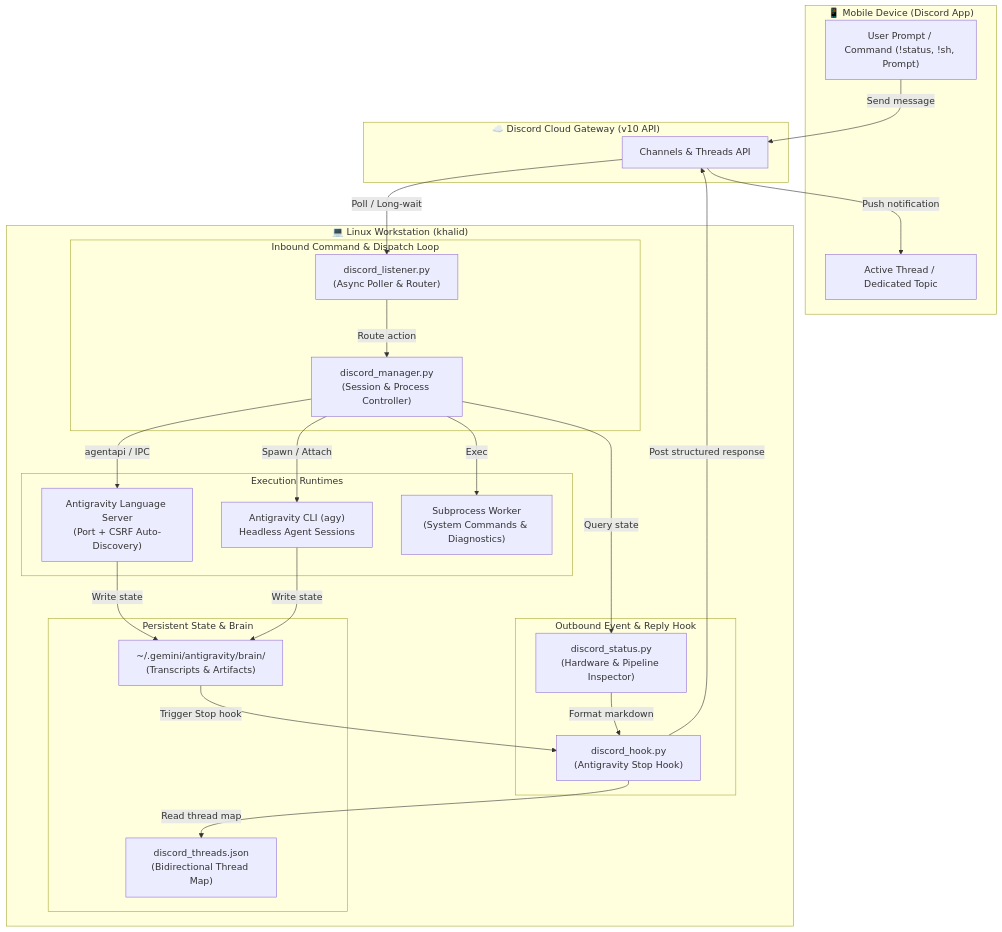
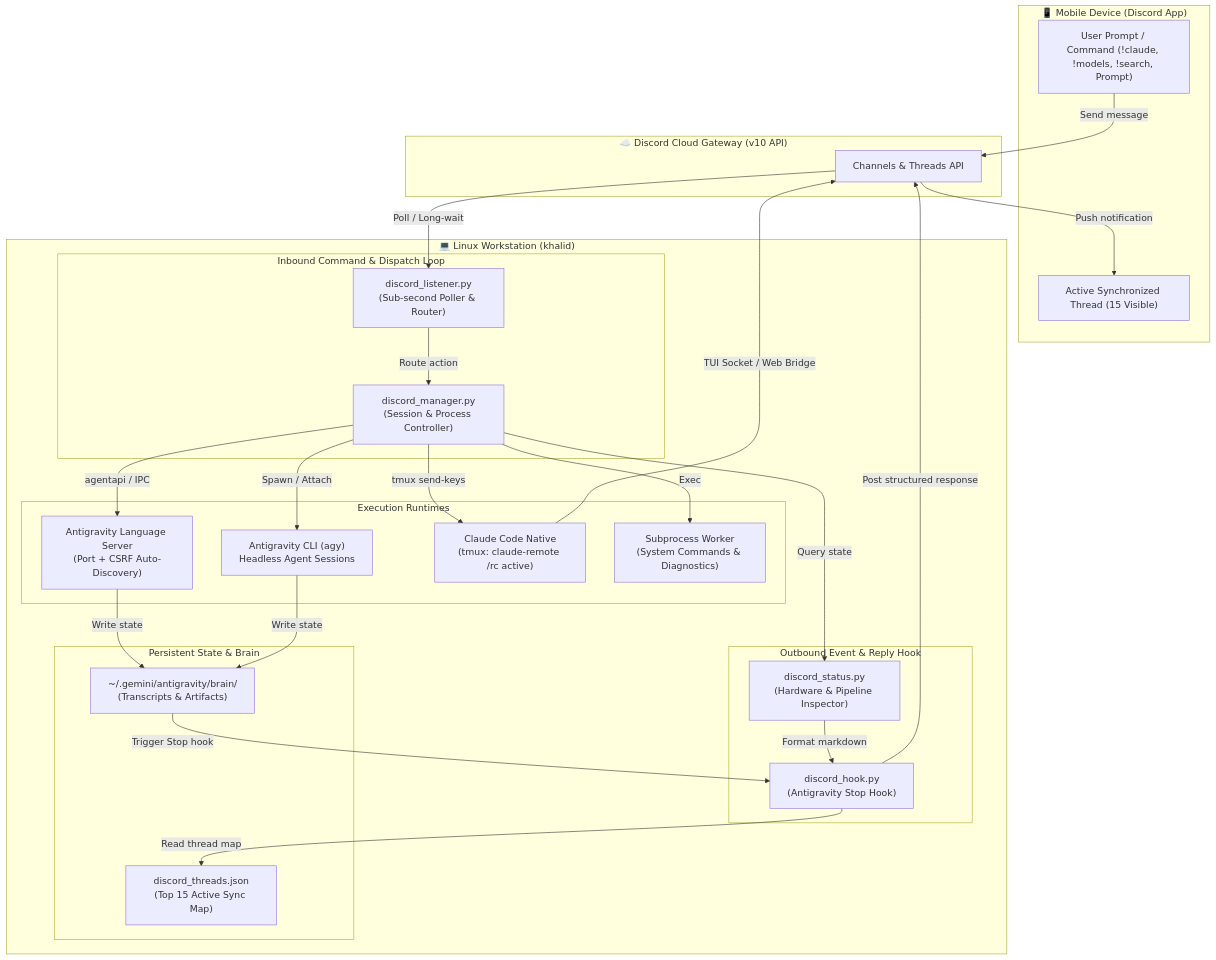
The diagram in README.md (kmbenjel/workstation-discord-bridge), drawn with Mermaid before and after one commit. The commit also changed other lines of this file and 9 other files, not shown here.

Commit message:
feat: add claude code remote control, verified mobile visual assets, and hero demo

````diff
--- a/README.md
+++ b/README.md
@@ -29,52 +43,55 @@
 ```mermaid
 flowchart TB
     subgraph Mobile ["📱 Mobile Device (Discord App)"]
-        UserPrompt["User Prompt / Command (!status, !sh, Prompt)"]
-        MobileThread["Active Thread / Dedicated Topic"]
+        UserPrompt["User Prompt / Command (!claude, !models, !search, Prompt)"]
+        MobileThread["Active Synchronized Thread (15 Visible)"]
     end
 
     subgraph DiscordCloud ["☁️ Discord Cloud Gateway (v10 API)"]
         Gateway["Channels & Threads API"]
     end
 
     subgraph Workstation ["💻 Linux Workstation (khalid)"]
         subgraph InboundPipeline ["Inbound Command & Dispatch Loop"]
-            Listener["discord_listener.py\n(Async Poller & Router)"]
+            Listener["discord_listener.py\n(Sub-second Poller & Router)"]
             Manager["discord_manager.py\n(Session & Process Controller)"]
         end
 
         subgraph CoreRuntimes ["Execution Runtimes"]
             AntigravityLS["Antigravity Language Server\n(Port + CSRF Auto-Discovery)"]
             AgyCLI["Antigravity CLI (agy)\nHeadless Agent Sessions"]
+            ClaudeRemote["Claude Code Native\n(tmux: claude-remote /rc active)"]
             ShellWorker["Subprocess Worker\n(System Commands & Diagnostics)"]
         end
 
         subgraph OutboundPipeline ["Outbound Event & Reply Hook"]
             Hook["discord_hook.py\n(Antigravity Stop Hook)"]
             StatusGen["discord_status.py\n(Hardware & Pipeline Inspector)"]
         end
 
         subgraph Storage ["Persistent State & Brain"]
             Brain["~/.gemini/antigravity/brain/\n(Transcripts & Artifacts)"]
-            ThreadsJSON["discord_threads.json\n(Bidirectional Thread Map)"]
+            ThreadsJSON["discord_threads.json\n(Top 15 Active Sync Map)"]
         end
     end
 
     %% Inbound Flow
     UserPrompt -->|Send message| Gateway
     Gateway -->|Poll / Long-wait| Listener
     Listener -->|Route action| Manager
     Manager -->|agentapi / IPC| AntigravityLS
     Manager -->|Spawn / Attach| AgyCLI
+    Manager -->|tmux send-keys| ClaudeRemote
     Manager -->|Exec| ShellWorker
     Manager -->|Query state| StatusGen
 
     %% Outbound Flow
     AntigravityLS -->|Write state| Brain
     AgyCLI -->|Write state| Brain
+    ClaudeRemote -->|TUI Socket / Web Bridge| Gateway
     Brain -->|Trigger Stop hook| Hook
     Hook -->|Read thread map| ThreadsJSON
     Hook -->|Post structured response| Gateway
     Gateway -->|Push notification| MobileThread
     StatusGen -->|Format markdown| Hook
 ```
````
